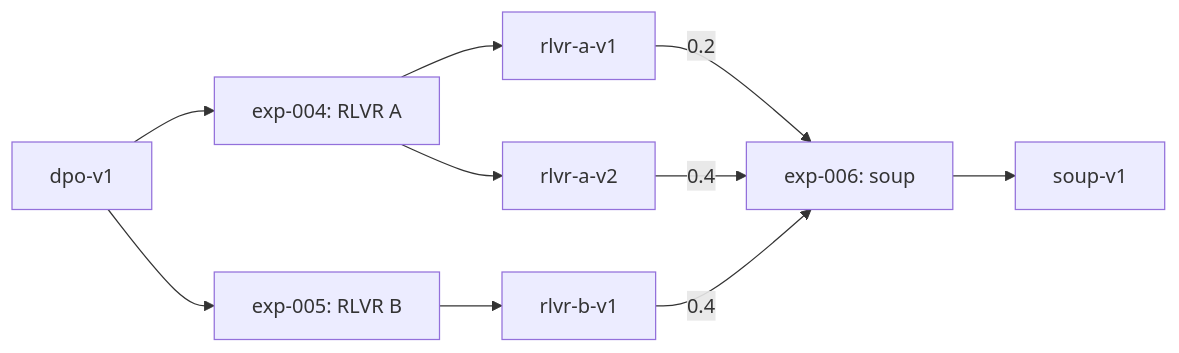
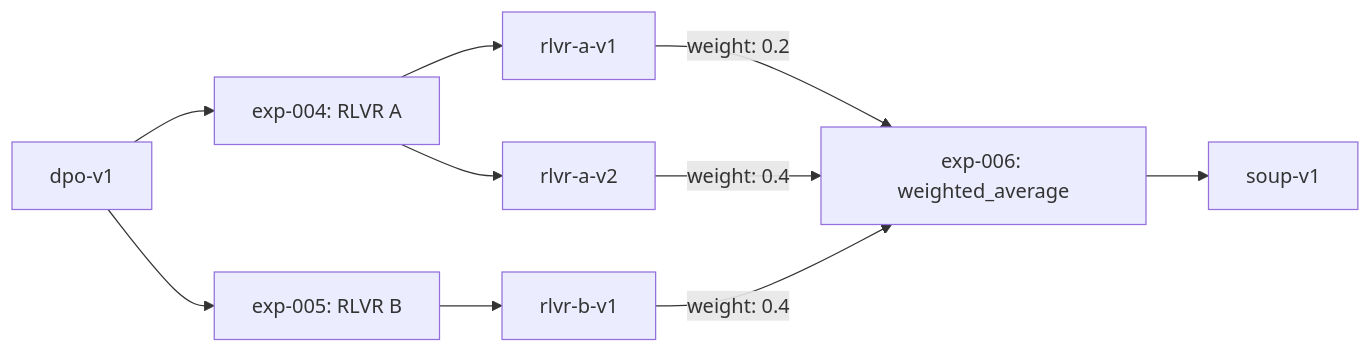
One commit to alobo01/lightweight-model-version-control changed the diagram in README.md. Above: the diagram before and after it, drawn with Mermaid. The commit also changed other lines of this file and 24 other files, not shown here.

````diff
--- a/README.md
+++ b/README.md
@@ -77,12 +105,12 @@
 ```mermaid
 flowchart LR
   dpo["dpo-v1"] --> a["exp-004: RLVR A"]
   dpo --> b["exp-005: RLVR B"]
   a --> a1["rlvr-a-v1"]
   a --> a2["rlvr-a-v2"]
   b --> b1["rlvr-b-v1"]
-  a1 -->|0.2| soup["exp-006: soup"]
-  a2 -->|0.4| soup
-  b1 -->|0.4| soup
+  a1 -->|"weight: 0.2"| soup["exp-006: weighted_average"]
+  a2 -->|"weight: 0.4"| soup
+  b1 -->|"weight: 0.4"| soup
   soup --> result["soup-v1"]
 ```
````
